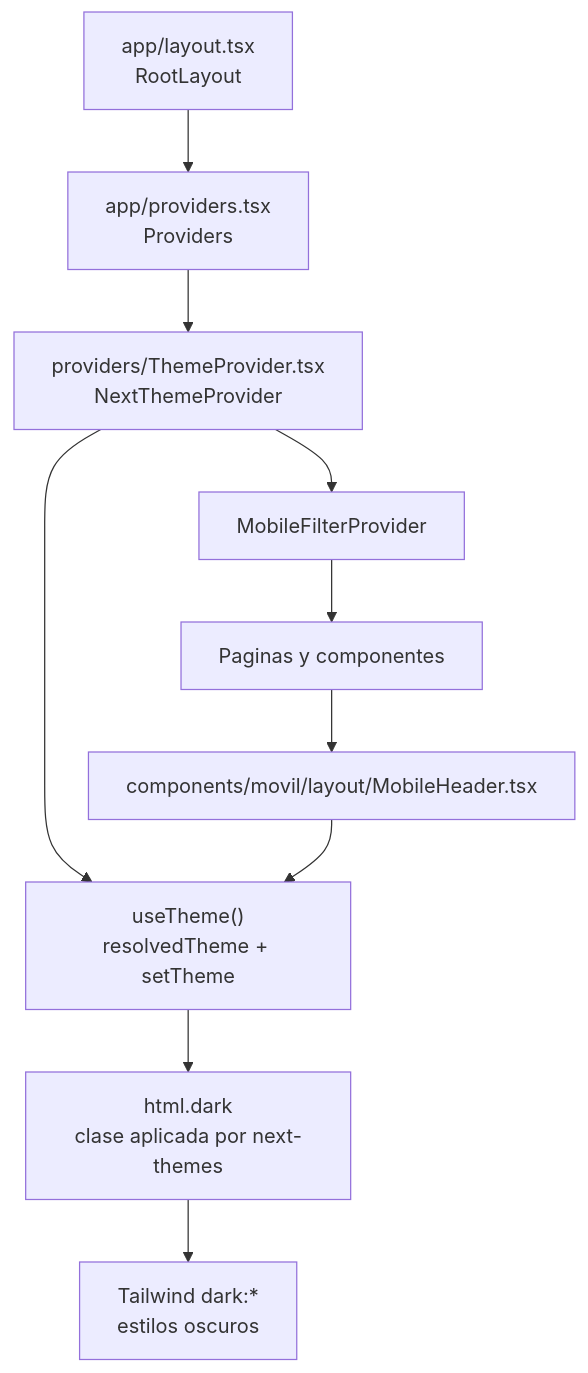
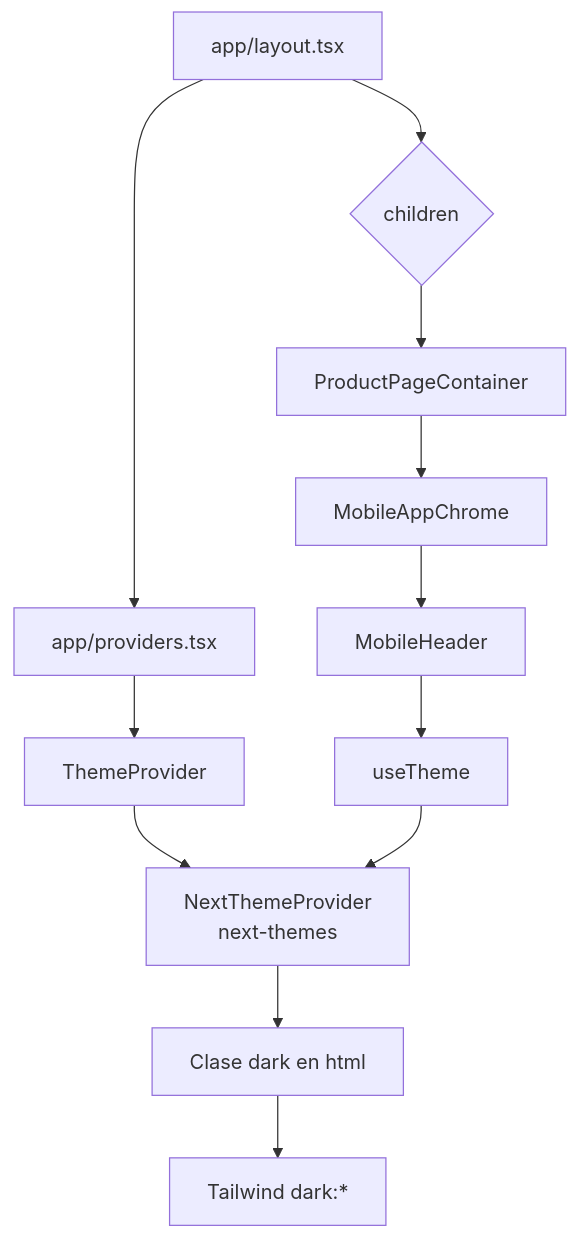
The first of 5 diagrams in documentacion/GUIA_HIDRATACION_TEMA_MOBILEHEADER.md (BrandonAlbertt/ecommerce-sosaimpor-frontend), drawn with Mermaid before and after one commit. The commit also changed other lines of this file and 1 other file, not shown here.

````diff
--- a/documentacion/GUIA_HIDRATACION_TEMA_MOBILEHEADER.md
+++ b/documentacion/GUIA_HIDRATACION_TEMA_MOBILEHEADER.md
@@ -7,22 +13,15 @@
 ```mermaid
 flowchart TD
-  Layout["app/layout.tsx<br/>RootLayout"]
-  Providers["app/providers.tsx<br/>Providers"]
-  ThemeProvider["providers/ThemeProvider.tsx<br/>NextThemeProvider"]
-  MobileFilterProvider["MobileFilterProvider"]
-  Page["Paginas y componentes"]
-  MobileHeader["components/movil/layout/MobileHeader.tsx"]
-  UseTheme["useTheme()<br/>resolvedTheme + setTheme"]
-  Html["html.dark<br/>clase aplicada por next-themes"]
-  Tailwind["Tailwind dark:*<br/>estilos oscuros"]
+  A[app/layout.tsx] --> B[app/providers.tsx]
+  B --> C[ThemeProvider]
+  C --> D[NextThemeProvider<br/>next-themes]
+  D --> E[Clase dark en html]
+  E --> F[Tailwind dark:*]
 
-  Layout --> Providers
-  Providers --> ThemeProvider
-  ThemeProvider --> MobileFilterProvider
-  MobileFilterProvider --> Page
-  Page --> MobileHeader
-  ThemeProvider --> UseTheme
-  MobileHeader --> UseTheme
-  UseTheme --> Html
-  Html --> Tailwind
+  A --> G{children}
+  G --> H[ProductPageContainer]
+  H --> I[MobileAppChrome]
+  I --> J[MobileHeader]
+  J --> K[useTheme]
+  K --> D
 ```
````
